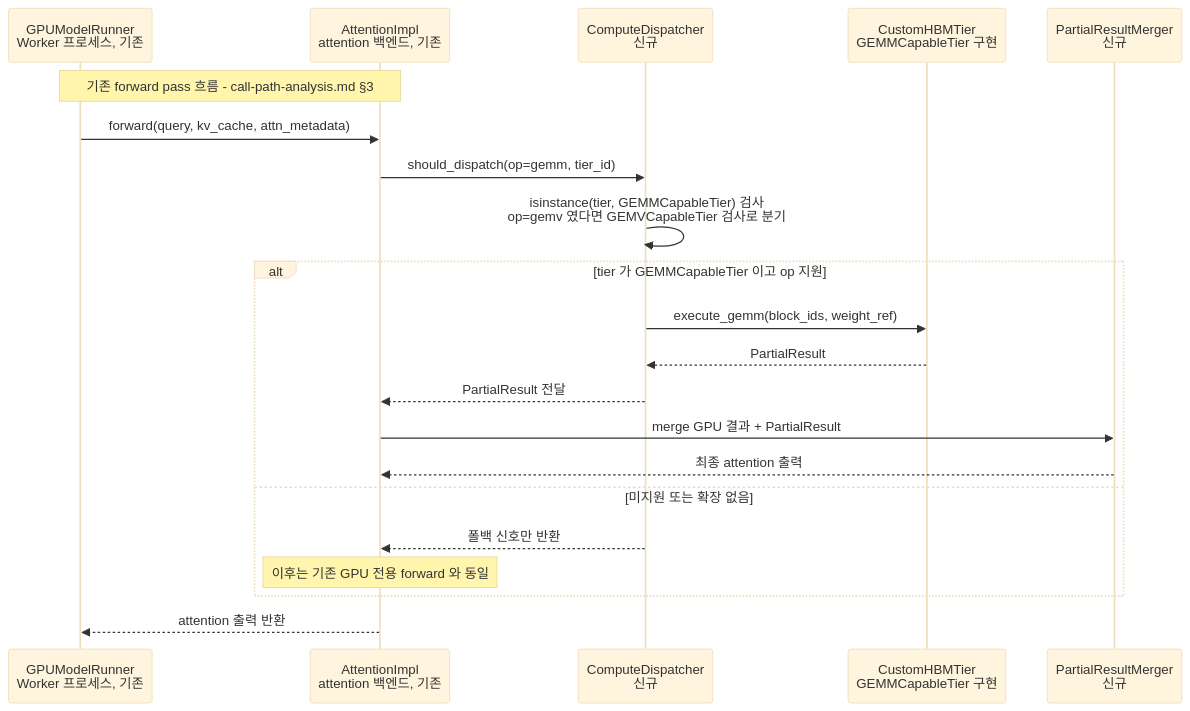
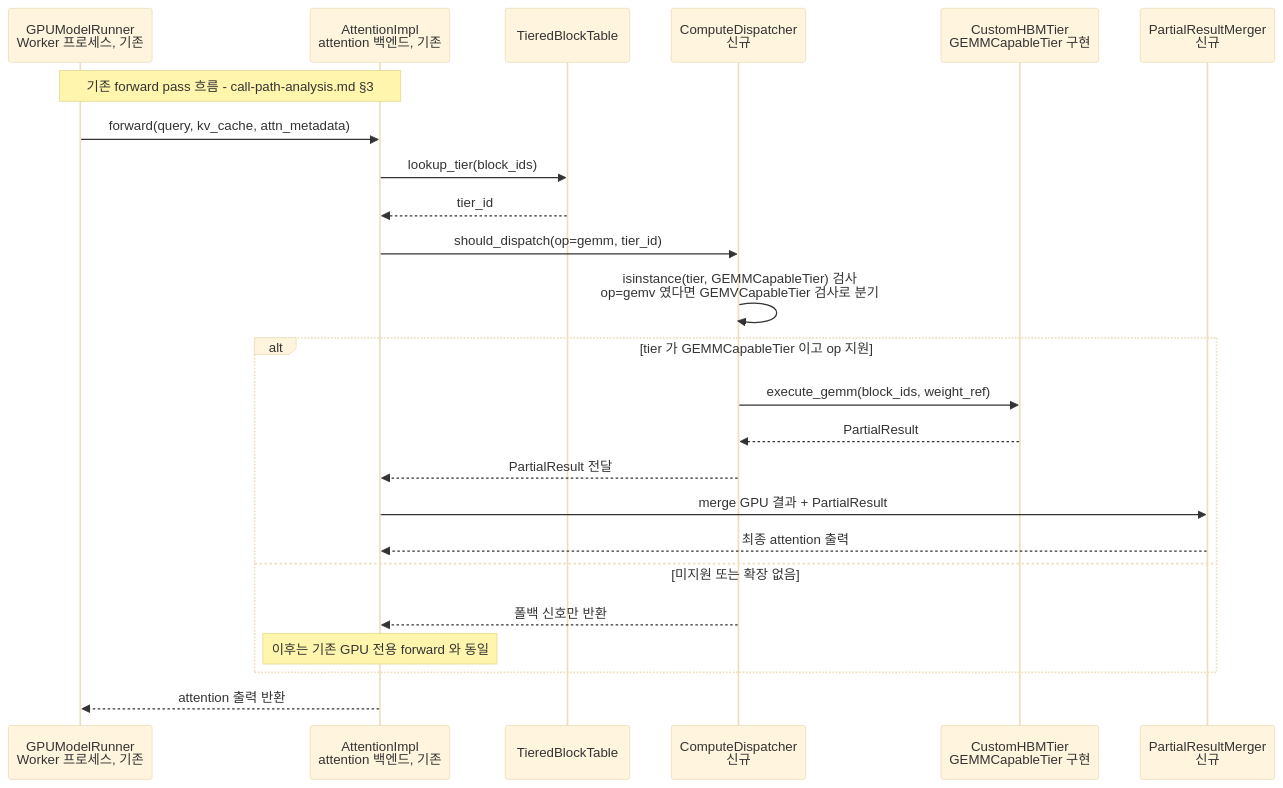
The tenth of 10 diagrams in doc-mk/vllm-memory-abstraction-level-candidates.md (mkim0628/vllm), drawn with Mermaid (base theme) before and after one commit. The commit also changed other lines of this file, not shown here.

````diff
--- a/doc-mk/vllm-memory-abstraction-level-candidates.md
+++ b/doc-mk/vllm-memory-abstraction-level-candidates.md
@@ -805,24 +844,27 @@
 ```mermaid
 sequenceDiagram
     participant RUNNER as GPUModelRunner<br/>Worker 프로세스, 기존
     participant ATTN as AttentionImpl<br/>attention 백엔드, 기존
+    participant BT as TieredBlockTable
     participant DISP as ComputeDispatcher<br/>신규
     participant TIER as CustomHBMTier<br/>GEMMCapableTier 구현
     participant MERGE as PartialResultMerger<br/>신규
 
     Note over RUNNER,ATTN: 기존 forward pass 흐름 - call-path-analysis.md §3
     RUNNER->>ATTN: forward(query, kv_cache, attn_metadata)
+    ATTN->>BT: lookup_tier(block_ids)
+    BT-->>ATTN: tier_id
     ATTN->>DISP: should_dispatch(op=gemm, tier_id)
     DISP->>DISP: isinstance(tier, GEMMCapableTier) 검사<br/>op=gemv 였다면 GEMVCapableTier 검사로 분기
     alt tier 가 GEMMCapableTier 이고 op 지원
         DISP->>TIER: execute_gemm(block_ids, weight_ref)
         TIER-->>DISP: PartialResult
         DISP-->>ATTN: PartialResult 전달
         ATTN->>MERGE: merge GPU 결과 + PartialResult
         MERGE-->>ATTN: 최종 attention 출력
     else 미지원 또는 확장 없음
         DISP-->>ATTN: 폴백 신호만 반환
         Note over ATTN: 이후는 기존 GPU 전용 forward 와 동일
     end
     ATTN-->>RUNNER: attention 출력 반환
 ```
````
